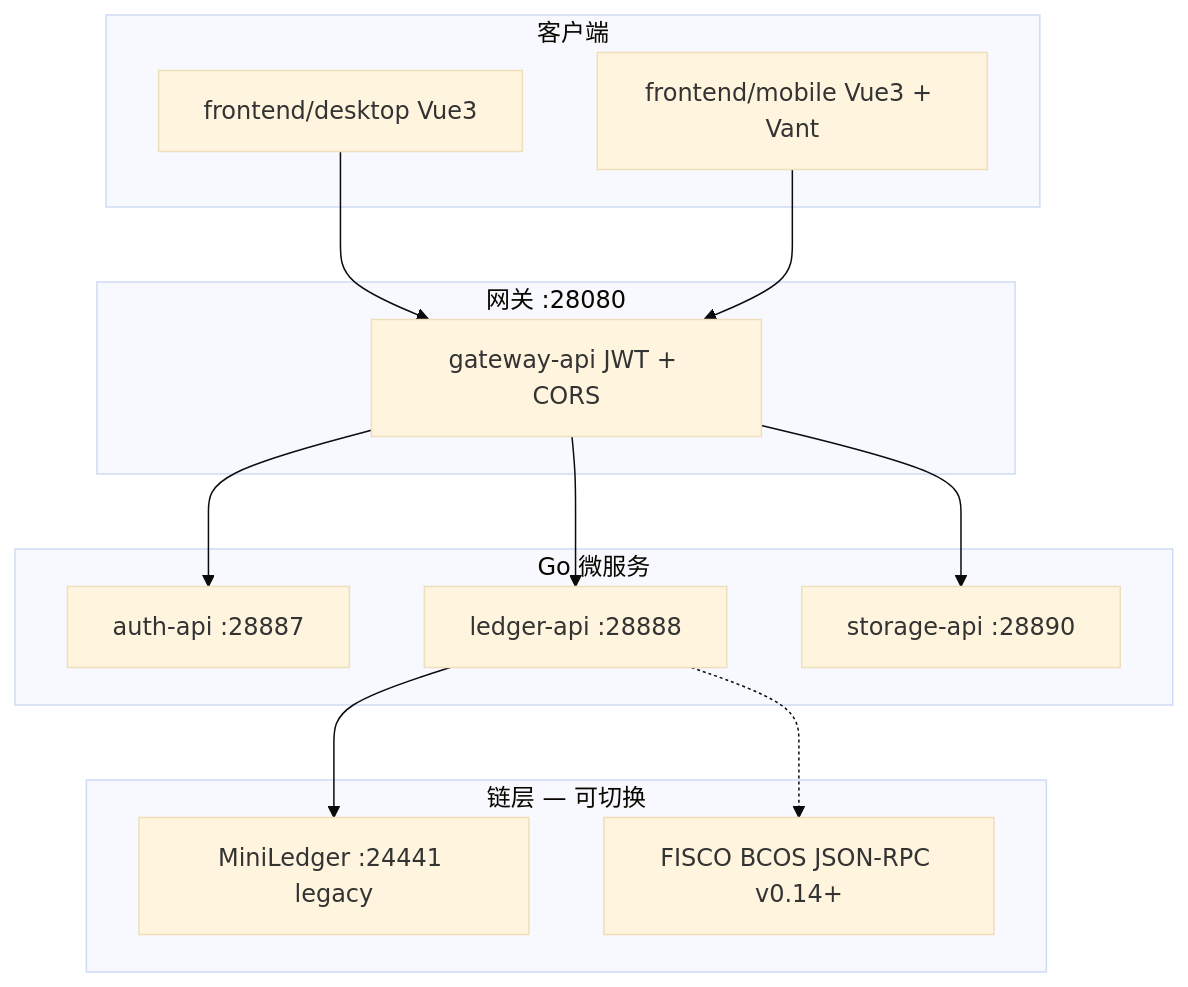
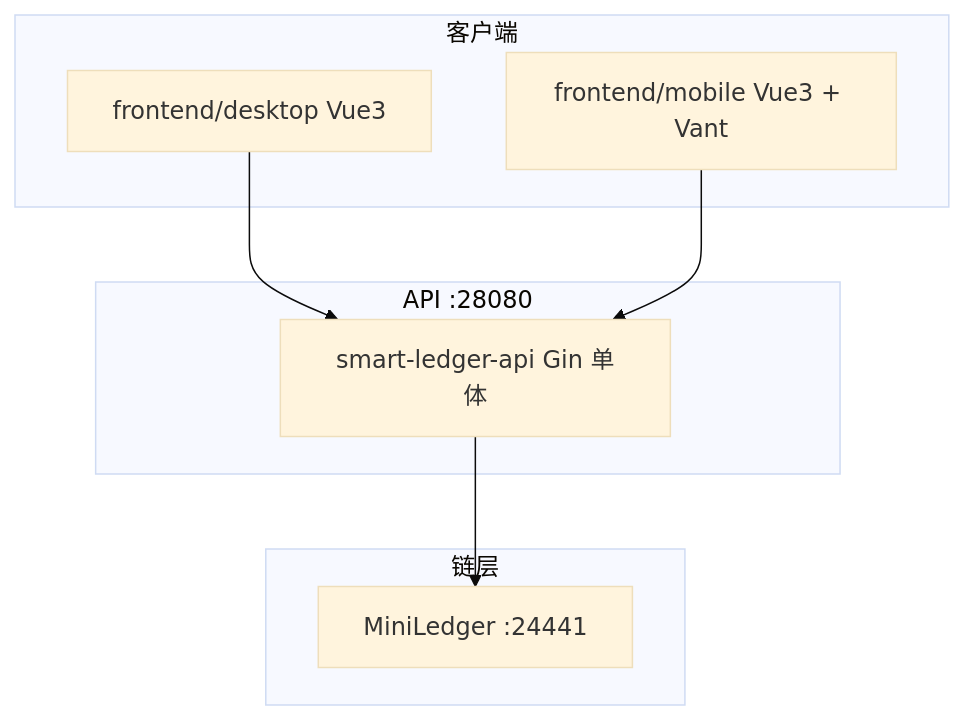
The diagram in README.md (torisu-kirame/go-Smart-ledger), drawn with Mermaid (base theme) before and after one commit. The commit also changed other lines of this file and 81 other files, not shown here.

First line of the commit message:
refactor: 移除 FISCO BCOS 相关配置与代码

````diff
--- a/README.md
+++ b/README.md
@@ -57,30 +56,19 @@
 ```mermaid
 flowchart TB
     subgraph client [客户端]
         Desktop[frontend/desktop Vue3]
         Mobile[frontend/mobile Vue3 + Vant]
     end
 
-    subgraph gateway_layer [网关 :28080]
-        GW[gateway-api JWT + CORS]
+    subgraph api [API :28080]
+        GW[smart-ledger-api Gin 单体]
     end
 
-    subgraph services [Go 微服务]
-        AUTH[auth-api :28887]
-        LEDGER[ledger-api :28888]
-        STORAGE[storage-api :28890]
-    end
-
-    subgraph chain [链层 — 可切换]
-        ML[MiniLedger :24441 legacy]
-        FISCO[FISCO BCOS JSON-RPC v0.14+]
+    subgraph chain [链层]
+        ML[MiniLedger :24441]
     end
 
     Desktop --> GW
     Mobile --> GW
-    GW --> AUTH
-    GW --> LEDGER
-    GW --> STORAGE
-    LEDGER --> ML
-    LEDGER -.-> FISCO
+    GW --> ML
 ```
````
